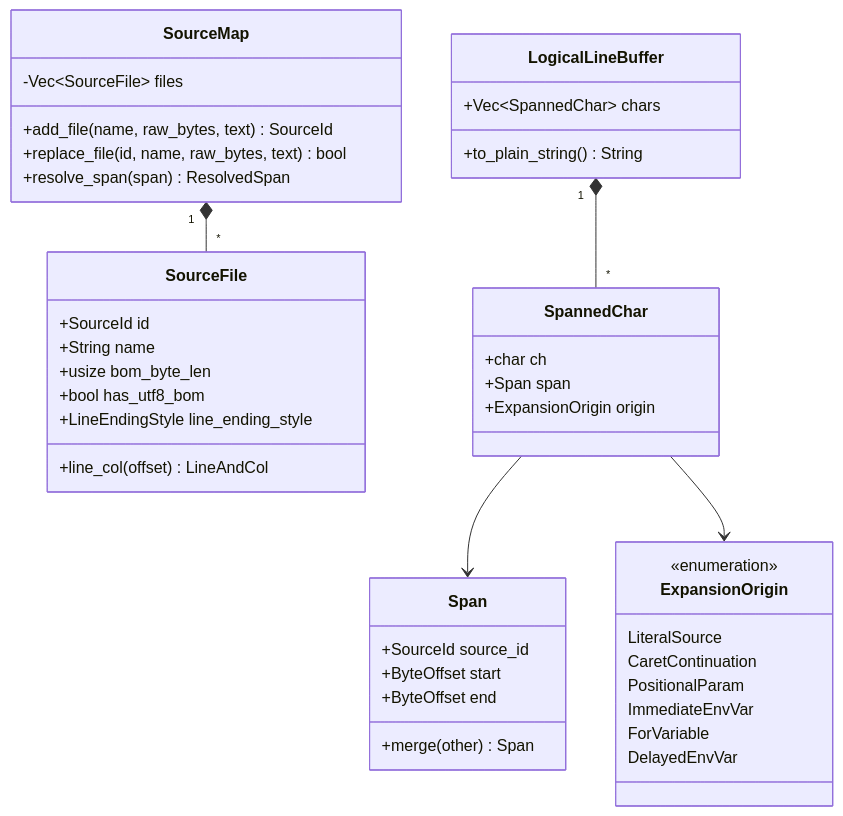
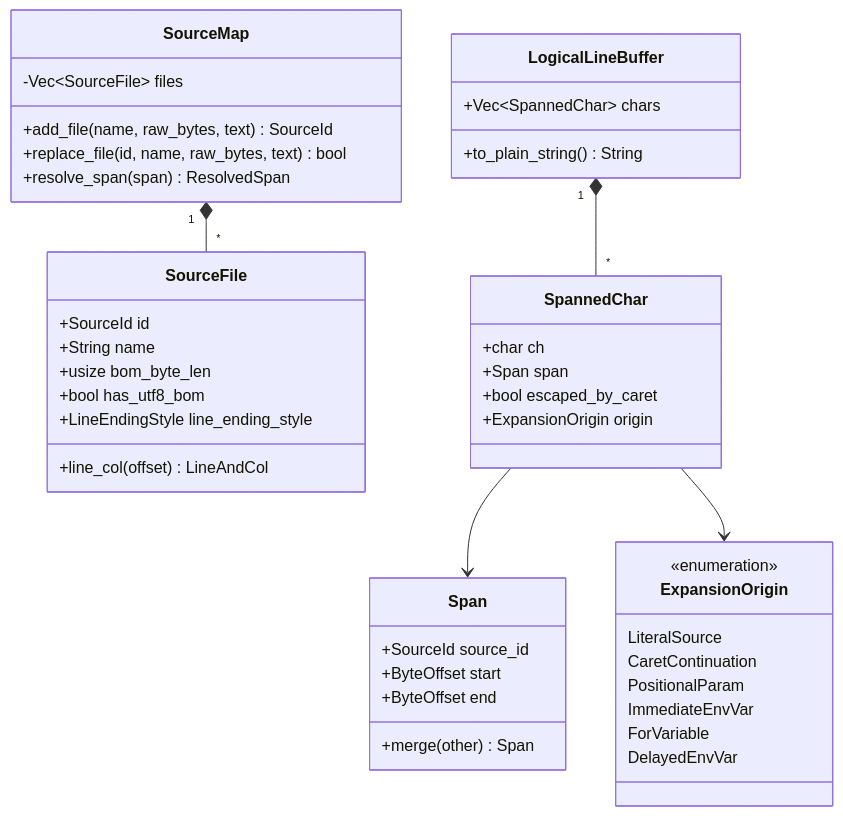
The fourth of 15 diagrams in ARCHITECTURE.md (SamuelMarks/win-cmd-rs), drawn with Mermaid before and after one commit. The commit also changed other lines of this file and 6 other files, not shown here.

````diff
--- a/ARCHITECTURE.md
+++ b/ARCHITECTURE.md
@@ -173,46 +173,47 @@
 ```mermaid
 classDiagram
     class SourceMap {
         -Vec~SourceFile~ files
         +add_file(name, raw_bytes, text) SourceId
         +replace_file(id, name, raw_bytes, text) bool
         +resolve_span(span) ResolvedSpan
     }
     class SourceFile {
         +SourceId id
         +String name
         +usize bom_byte_len
         +bool has_utf8_bom
         +LineEndingStyle line_ending_style
         +line_col(offset) LineAndCol
     }
     class Span {
         +SourceId source_id
         +ByteOffset start
         +ByteOffset end
         +merge(other) Span
     }
     class LogicalLineBuffer {
         +Vec~SpannedChar~ chars
         +to_plain_string() String
     }
     class SpannedChar {
         +char ch
         +Span span
+        +bool escaped_by_caret
         +ExpansionOrigin origin
     }
     class ExpansionOrigin {
         <<enumeration>>
         LiteralSource
         CaretContinuation
         PositionalParam
         ImmediateEnvVar
         ForVariable
         DelayedEnvVar
     }
 
     SourceMap "1" *-- "*" SourceFile
     LogicalLineBuffer "1" *-- "*" SpannedChar
     SpannedChar --> Span
     SpannedChar --> ExpansionOrigin
 ```
````
